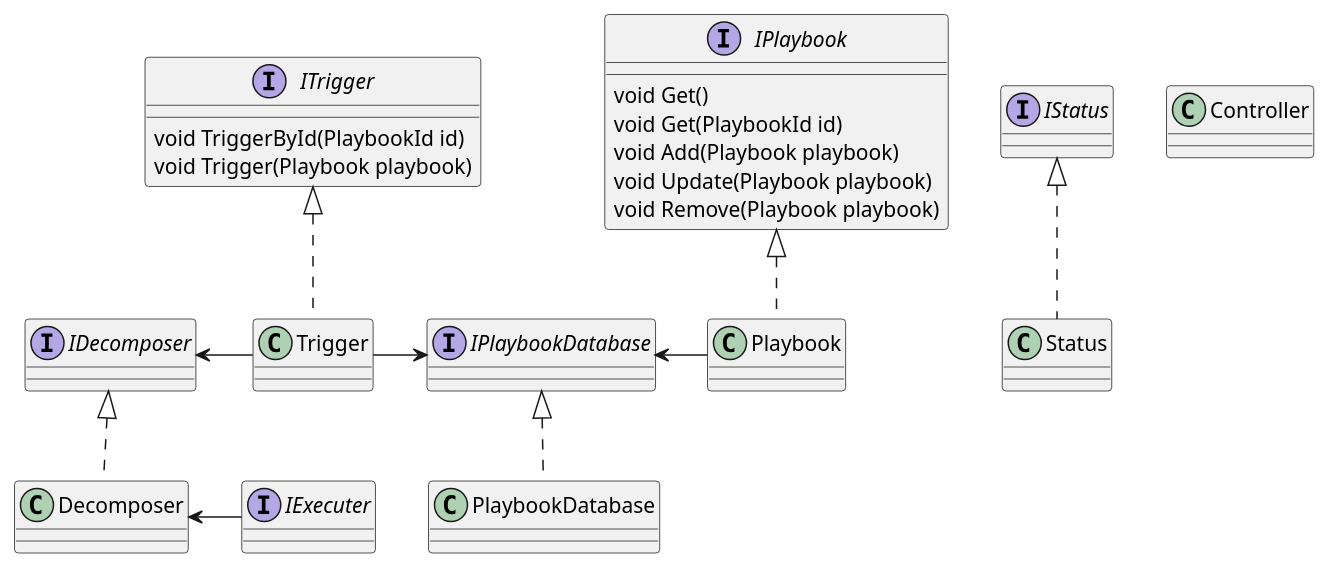
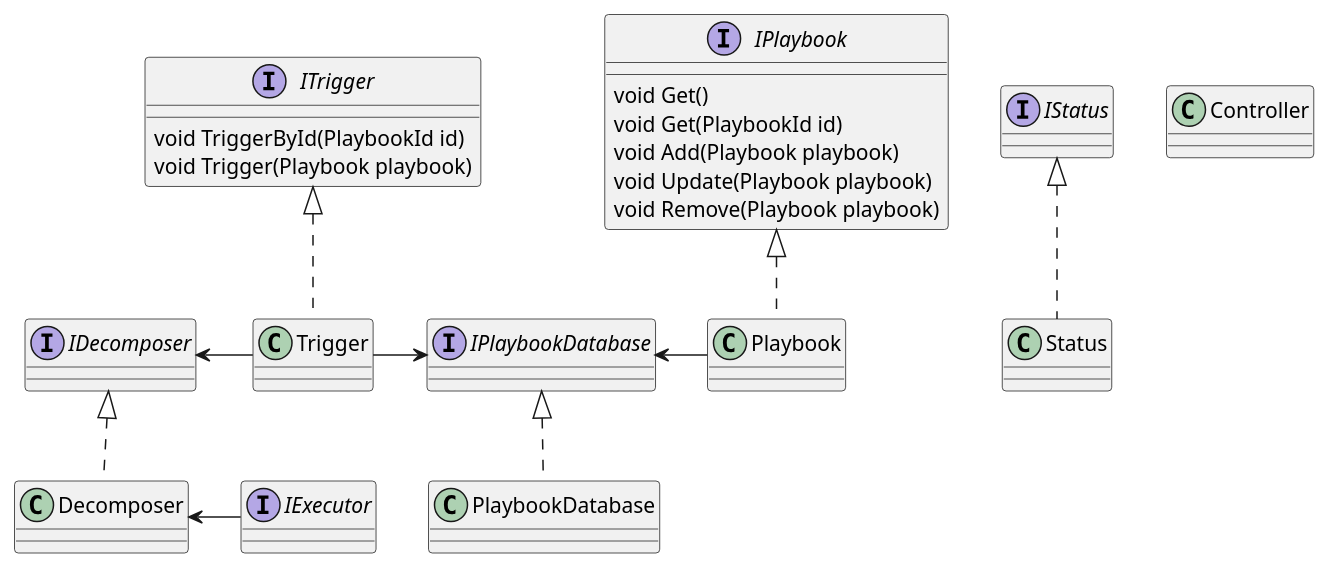
One commit to COSSAS/SOARCA changed the third of 4 diagrams in docs/content/en/docs/core-components/soarca-application-design.md. Above: the diagram before and after it, drawn with PlantUML. The commit also changed other lines of this file and 16 other files, not shown here.

````diff
--- a/docs/content/en/docs/core-components/soarca-application-design.md
+++ b/docs/content/en/docs/core-components/soarca-application-design.md
@@ -137,42 +137,42 @@
 ```plantuml
 interface IPlaybook{
     void Get()
     void Get(PlaybookId id)
     void Add(Playbook playbook)
     void Update(Playbook playbook)
     void Remove(Playbook playbook)
 }
 
 interface IStatus{
 
 }
 
 interface ITrigger{
     void TriggerById(PlaybookId id)
     void Trigger(Playbook playbook)
 }
 
 Interface IPlaybookDatabase
 
 Interface IDecomposer
-Interface IExecuter
+Interface IExecutor
 
 class Trigger
 class Controller
 class Decomposer
 
 IPlaybook <|.. Playbook
 ITrigger <|.. Trigger
 IStatus <|.. Status
 
 
 Trigger -> IPlaybookDatabase
 IPlaybookDatabase <- Playbook
 IPlaybookDatabase <|.. PlaybookDatabase
 
 
 IDecomposer <- Trigger
 IDecomposer <|.. Decomposer
-IExecuter -> Decomposer
+IExecutor -> Decomposer
 
 ```
````
